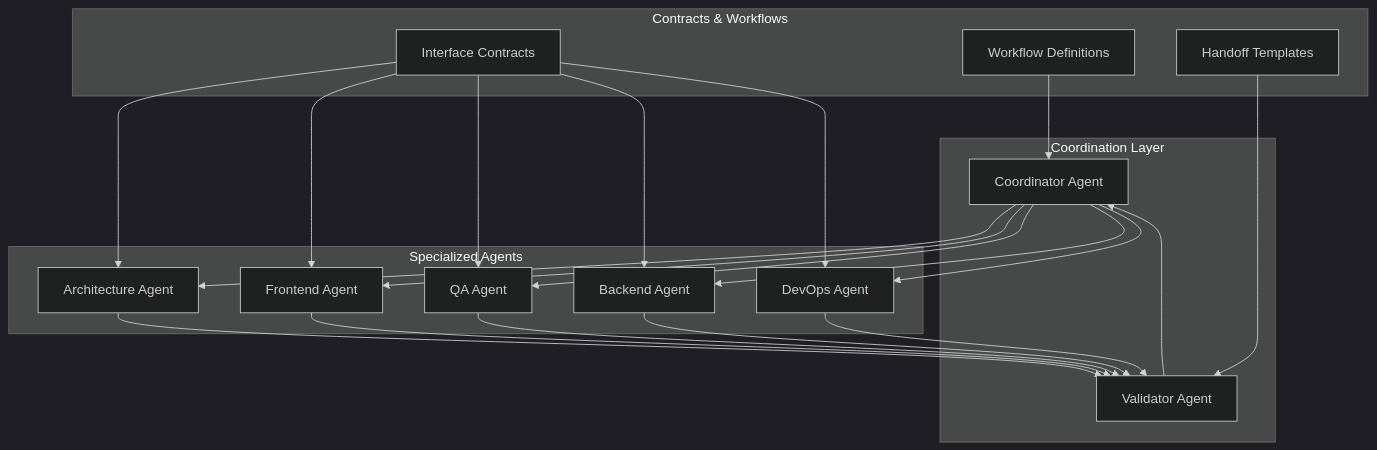
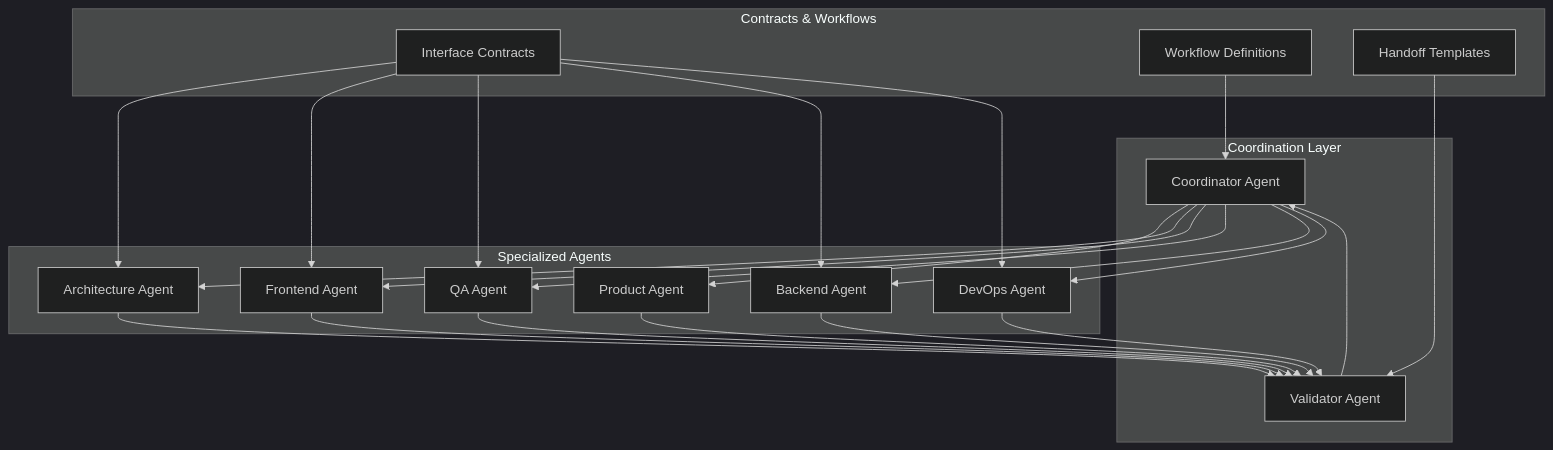
The diagram in .claude/agents/README.md (kevinarauz/proyecto-react), drawn with Mermaid (dark theme) before and after one commit. The commit also changed other lines of this file and 3 other files, not shown here.

````diff
--- a/.claude/agents/README.md
+++ b/.claude/agents/README.md
@@ -17,44 +18,47 @@
 ```mermaid
 graph TB
     subgraph "Coordination Layer"
         COORD[Coordinator Agent]
         VAL[Validator Agent]
     end
     
     subgraph "Specialized Agents"
+        PRODUCT[Product Agent]
         ARQ[Architecture Agent]
         FRONT[Frontend Agent] 
         QA[QA Agent]
         BACKEND[Backend Agent]
         DEVOPS[DevOps Agent]
     end
     
     subgraph "Contracts & Workflows"
         CONTRACTS[Interface Contracts]
         WORKFLOWS[Workflow Definitions]
         HANDOFFS[Handoff Templates]
     end
     
+    COORD --> PRODUCT
     COORD --> ARQ
     COORD --> FRONT
     COORD --> QA
     COORD --> BACKEND
     COORD --> DEVOPS
     
+    PRODUCT --> VAL
     ARQ --> VAL
     FRONT --> VAL
     QA --> VAL
     BACKEND --> VAL
     DEVOPS --> VAL
     
     VAL --> COORD
     
     CONTRACTS --> ARQ
     CONTRACTS --> FRONT
     CONTRACTS --> QA
     CONTRACTS --> BACKEND
     CONTRACTS --> DEVOPS
     
     WORKFLOWS --> COORD
     HANDOFFS --> VAL
 ```
````
